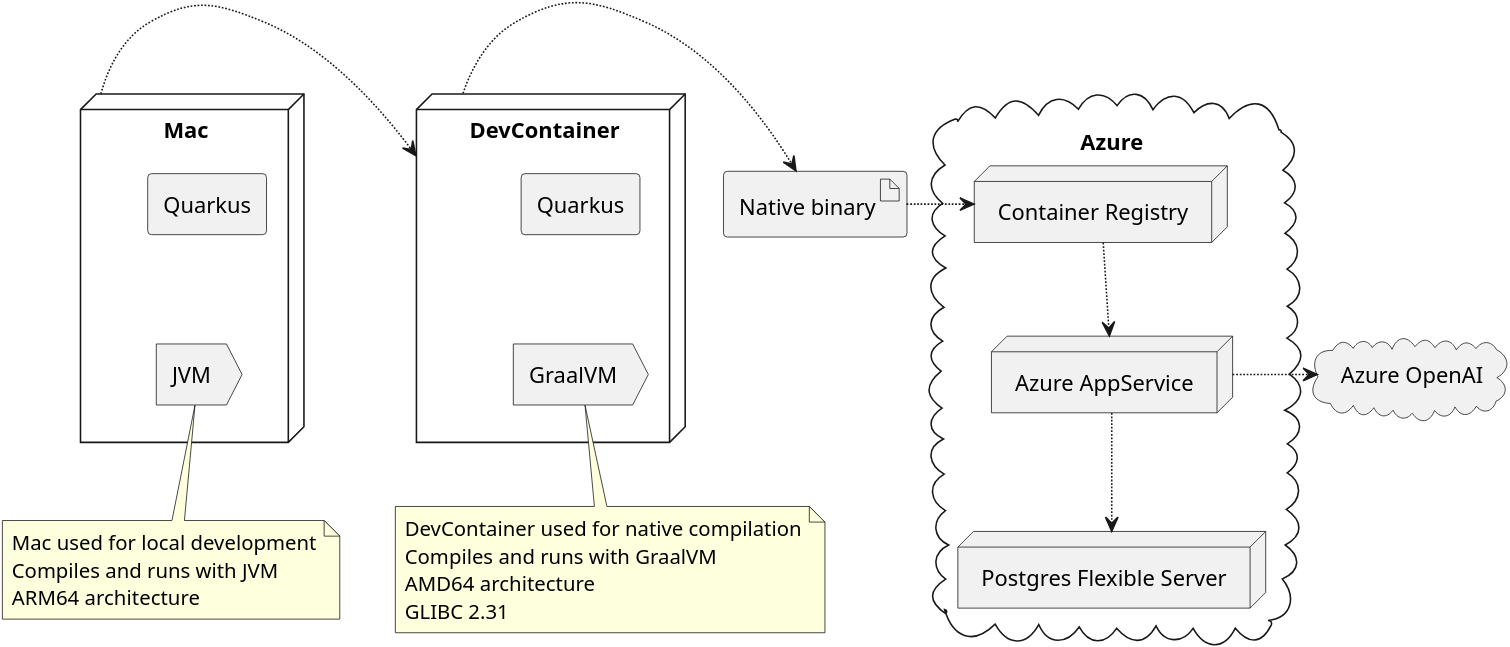
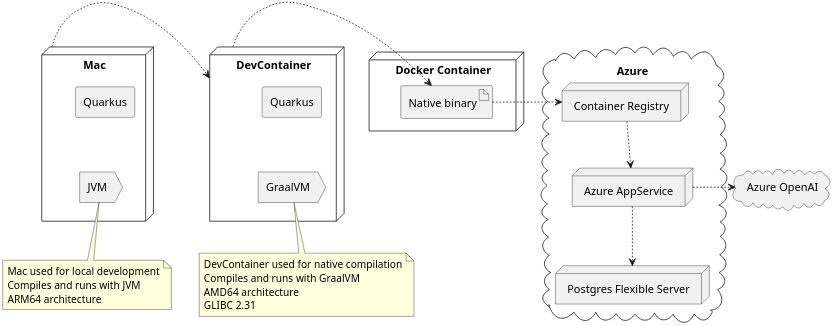
Before and after one commit to agoncal/agoncal-sample-azure-monitoring: the diagram in docs/src/docs/plantuml/cd-note-01-solution.puml, drawn with PlantUML. The commit also changed 3 other files, not shown here.

```diff
--- a/docs/src/docs/plantuml/cd-note-01-solution.puml
+++ b/docs/src/docs/plantuml/cd-note-01-solution.puml
@@ -1,47 +1,49 @@
 @startuml
-skinparam dpi 600
+skinparam dpi 300
 
 'left to right direction
 
 node "Mac" as mac {
   agent Quarkus as macquarkus
   action JVM as macjvm
 }
 note bottom
   Mac used for local development
   Compiles and runs with JVM
   ARM64 architecture
 end note
 
 node "DevContainer" as devcontainer {
   agent Quarkus as devcontainerquarkus
   action GraalVM as devcontainergraal
 }
 note bottom
   DevContainer used for native compilation
   Compiles and runs with GraalVM
   AMD64 architecture
   GLIBC 2.31
 end note
 
 cloud "Azure" as azure {
   node "Container Registry" as azurecr
   node "Azure AppService" as azureappservice
   node "Postgres Flexible Server" as azurepostgres
 }
 
-artifact "Native binary" as binary
+node "Docker Container" as docker {
+  artifact "Native binary" as binary
+}
 
 cloud "Azure OpenAI" as openAI
 
 mac .right.> devcontainer
 devcontainer .right.> binary
 binary .right.> azurecr
 
 azurecr ..> azureappservice
 azureappservice ..> azurepostgres
 azureappservice .> openAI
 
 macquarkus -[hidden]-> macjvm
 devcontainerquarkus -[hidden]-> devcontainergraal
 @enduml
```
